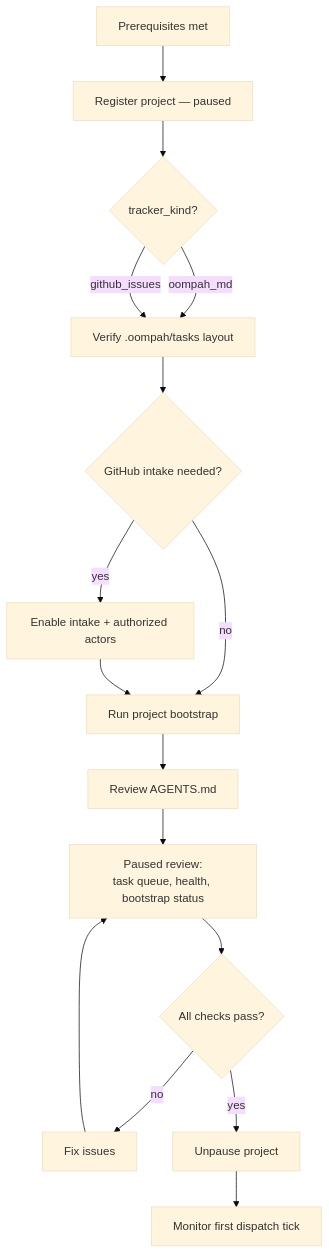
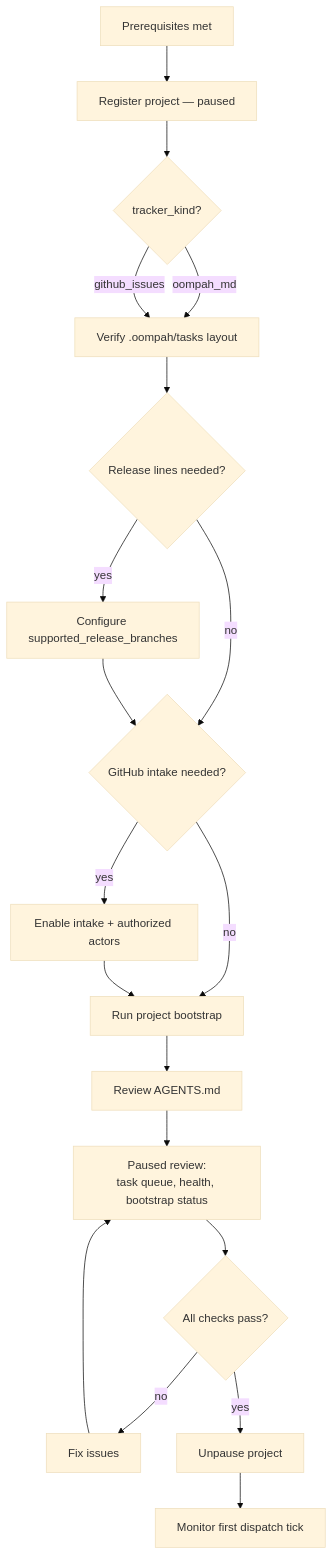
The diagram in docs/managed-project-onboarding.md (lesserevil/oompah), drawn with Mermaid (base theme) before and after one commit. The commit also changed other lines of this file and 8 other files, not shown here.

````diff
--- a/docs/managed-project-onboarding.md
+++ b/docs/managed-project-onboarding.md
@@ -321,18 +362,22 @@
 ```mermaid
 flowchart TD
     A[Prerequisites met] --> B[Register project — paused]
     B --> C{tracker_kind?}
     C -- oompah_md --> D[Verify .oompah/tasks layout]
     C -- github_issues --> D
-    D --> E{GitHub intake needed?}
+    D --> RL{Release lines needed?}
+    RL -- yes --> RLC[Configure supported_release_branches]
+    RL -- no --> E
+    RLC --> E
+    E{GitHub intake needed?}
     E -- yes --> F[Enable intake + authorized actors]
     E -- no --> G[Run project bootstrap]
     F --> G
     G --> H[Review AGENTS.md]
     H --> I[Paused review:\ntask queue, health, bootstrap status]
     I --> J{All checks pass?}
     J -- no --> K[Fix issues]
     K --> I
     J -- yes --> L[Unpause project]
     L --> M[Monitor first dispatch tick]
 ```
````
